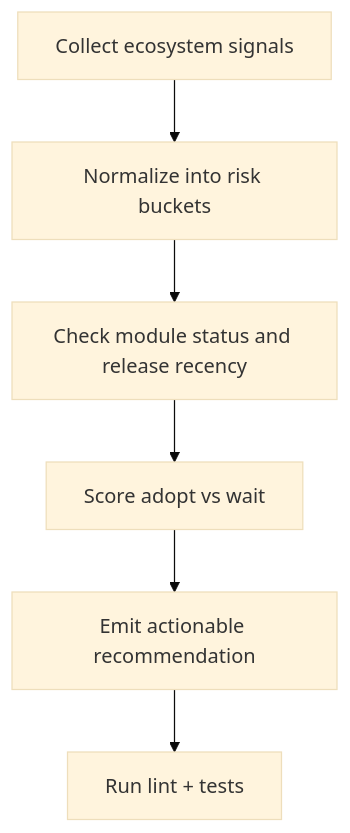
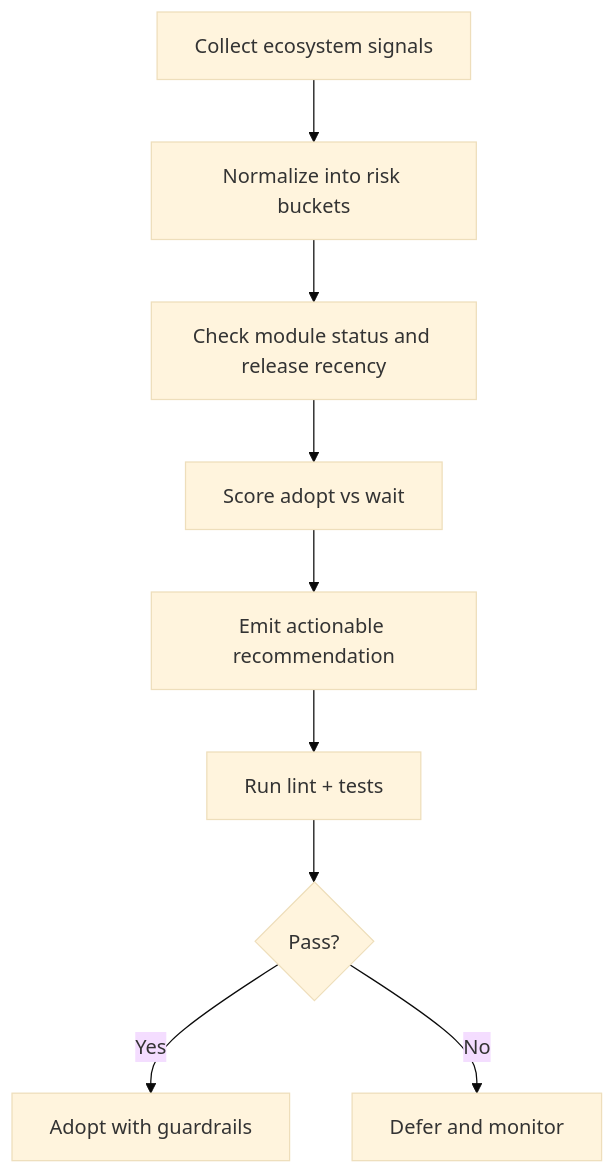
Before and after one commit to victorstack-ai/agent-blog: the diagram in blog/2026-02-17-0849-devlog.md, drawn with Mermaid (base theme). The commit also changed other lines of this file and 117 other files, not shown here.

````diff
--- a/blog/2026-02-17-0849-devlog.md
+++ b/blog/2026-02-17-0849-devlog.md
@@ -31,8 +43,11 @@
 ```mermaid
 flowchart TD
   A[Collect ecosystem signals] --> B[Normalize into risk buckets]
   B --> C[Check module status and release recency]
   C --> D[Score adopt vs wait]
   D --> E[Emit actionable recommendation]
   E --> F[Run lint + tests]
+  F --> G{Pass?}
+  G -->|Yes| H[Adopt with guardrails]
+  G -->|No| I[Defer and monitor]
 ```
````
